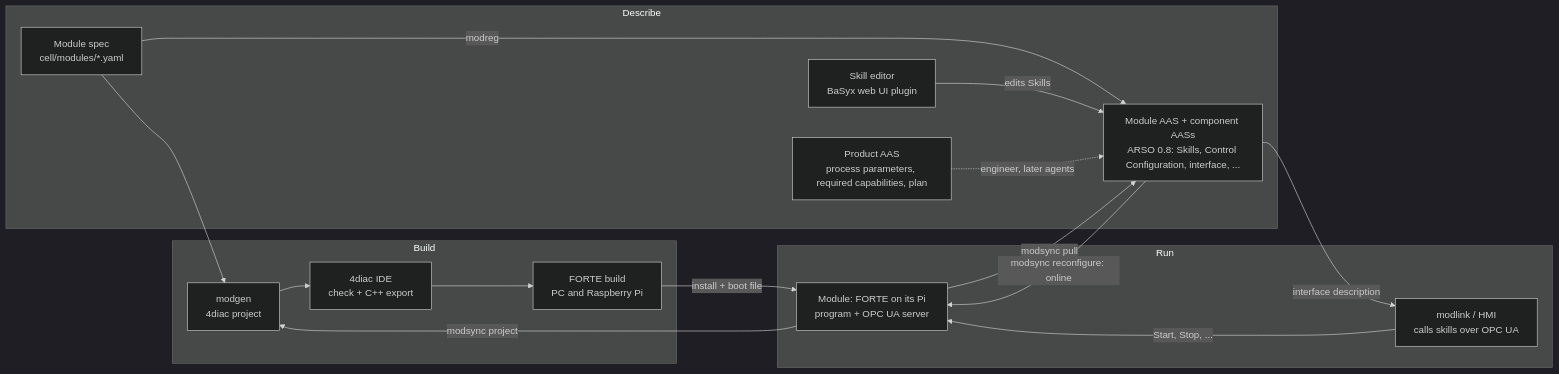
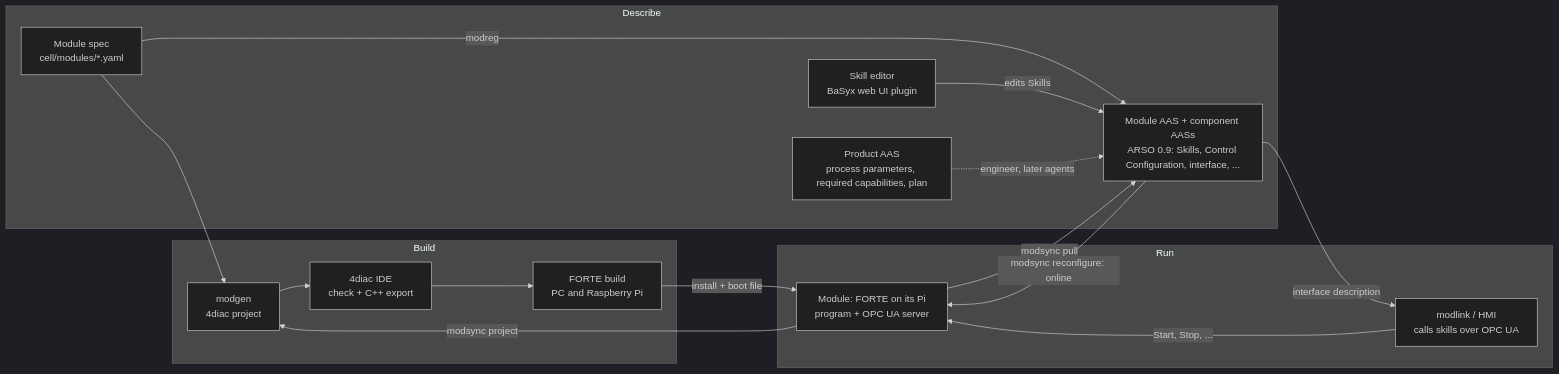
One commit to AAUSmartProductionLab/iec61499-mgmt-py changed the diagram in docs/pipeline.md. Above: the diagram before and after it, drawn with Mermaid (dark theme). The commit also changed other lines of this file and 9 other files, not shown here.

Commit message:
Docs: ARSO 0.9 and the flat Skills submodel

````diff
--- a/docs/pipeline.md
+++ b/docs/pipeline.md
@@ -15,26 +15,26 @@
 ```mermaid
 flowchart LR
     subgraph Describe
         spec[Module spec<br/>cell/modules/*.yaml]
-        aas[Module AAS + component AASs<br/>ARSO 0.8: Skills, Control Configuration, interface, ...]
+        aas[Module AAS + component AASs<br/>ARSO 0.9: Skills, Control Configuration, interface, ...]
         product[Product AAS<br/>process parameters, required capabilities, plan]
         editor[Skill editor<br/>BaSyx web UI plugin]
     end
     subgraph Build
         modgen[modgen<br/>4diac project]
         ide[4diac IDE<br/>check + C++ export]
         forte[FORTE build<br/>PC and Raspberry Pi]
     end
     subgraph Run
         device[Module: FORTE on its Pi<br/>program + OPC UA server]
         modlink[modlink / HMI<br/>calls skills over OPC UA]
     end
     spec --> modgen --> ide --> forte -->|install + boot file| device
     spec -->|modreg| aas
     device -->|modsync pull| aas
     editor -->|edits Skills| aas
     product -.->|engineer, later agents| aas
     aas -->|modsync reconfigure: online| device
     aas -->|interface description| modlink -->|Start, Stop, ...| device
     device -->|modsync project| modgen
 ```
````
